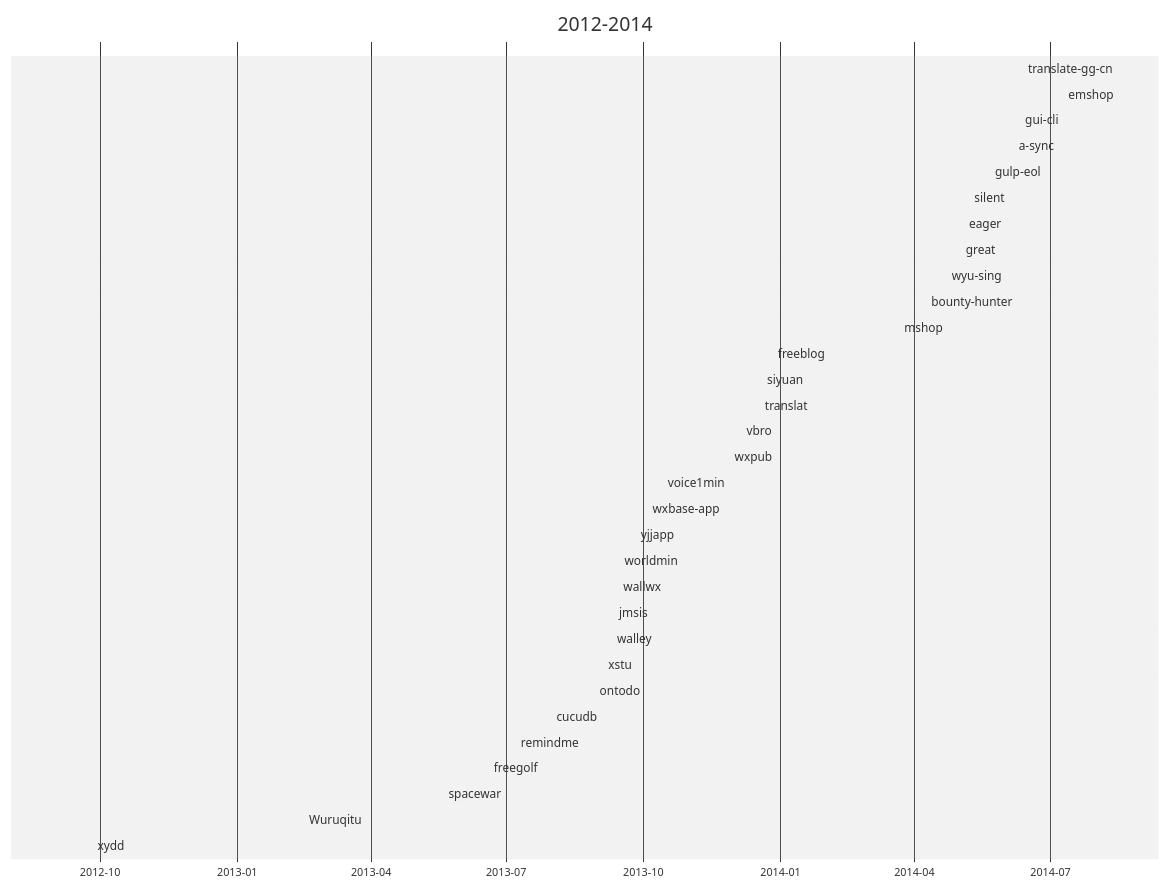
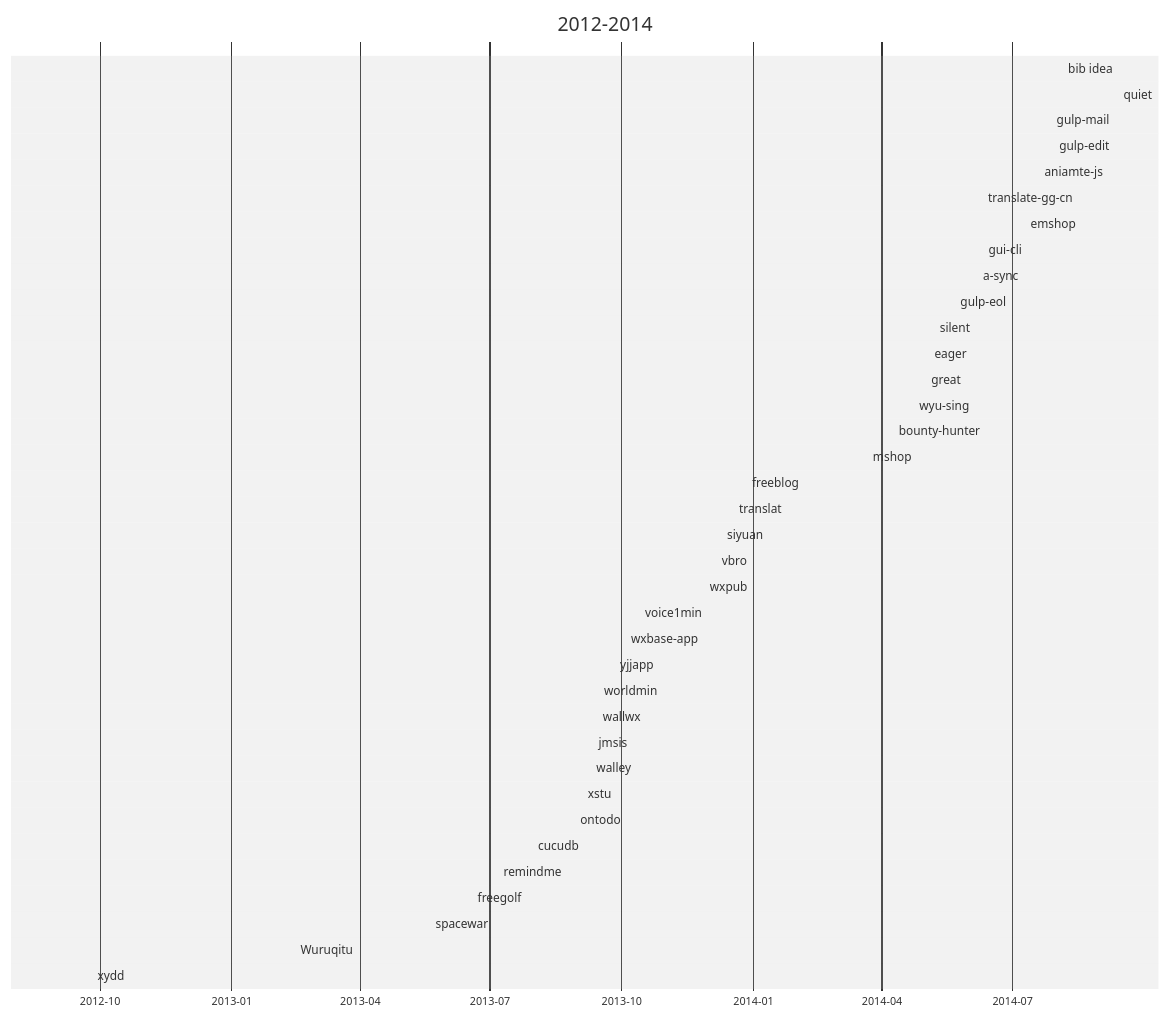
One commit to fritx/silent changed the fifth of 5 diagrams in blog/p/projects/timeline.md. Above: the diagram before and after it, drawn with Mermaid (neutral theme). The commit also changed 8 other files, not shown here.

````diff
--- a/blog/p/projects/timeline.md
+++ b/blog/p/projects/timeline.md
@@ -129,36 +126,41 @@
 ```mermaid
 gantt
   title 2012-2014
   axisFormat  %Y-%m
+  bib idea            :2014-09-13 , 2014-09-14
+  quiet               :2014-09-13 , 2014-09-15
+  gulp-mail           :2014-09-11 , 2014-09-12
+  gulp-edit           :2014-09-11 , 2014-09-12
+  aniamte-js          :2014-09-06 , 2014-09-11
   translate-gg-cn     :2014-08-16 , 2014-08-18
   emshop              :2014-07-10 , 2014-08-26
   gui-cli             :2014-06-11 , 2014-06-17
   a-sync              :2014-06-07 , 2014-06-09
   gulp-eol            :2014-05-22 , 2014-09-06
   silent              :2014-05-08 , 2015-07-05
   eager               :2014-05-04 , 2014-05-06
   great               :2014-05-02 , 2014-05-08
   wyu-sing            :2014-04-23 , 2014-11-13
   bounty-hunter       :2014-04-09 , 2014-06-11
   mshop               :2014-03-22 , 2014-06-13
   freeblog            :2013-12-27 , 2014-01-09
-  siyuan              :2013-12-20 , 2014-03-28
   translat            :2013-12-18 , 2013-12-20
+  siyuan              :2013-12-10 , 2014-03-28
   vbro                :2013-12-06 , 2013-12-07
   wxpub               :2013-11-28 , 2013-11-30
   voice1min           :2013-10-14 , 2013-10-21
   wxbase-app          :2013-10-04 , 2013-10-11
   yjjapp              :2013-09-26 , 2013-12-01
   worldmin            :2013-09-15 , 2013-09-16
   wallwx              :2013-09-14 , 2013-09-15
   jmsis               :2013-09-11 , 2015-06-29
   walley              :2013-09-10 , 2013-09-14
   xstu                :2013-09-04 , 2013-09-09
   ontodo              :2013-08-29 , 2013-08-30
   cucudb              :2013-07-31 , 2013-08-28
   remindme            :2013-07-07 , 2013-07-08
   freegolf            :2013-06-19 , 2013-06-21
   spacewar            :2013-05-20 , 2013-05-21
   Wuruqitu            :2013-02-15 , 2013-02-17
   xydd                :2012-09-26 , 2012-12-01
 ```
````
